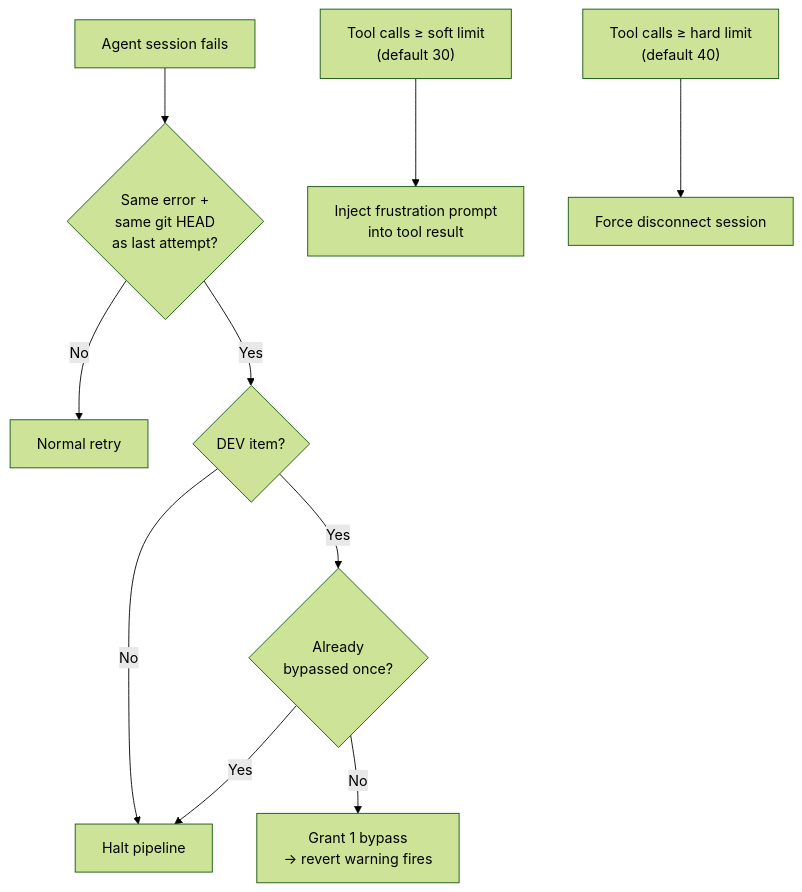
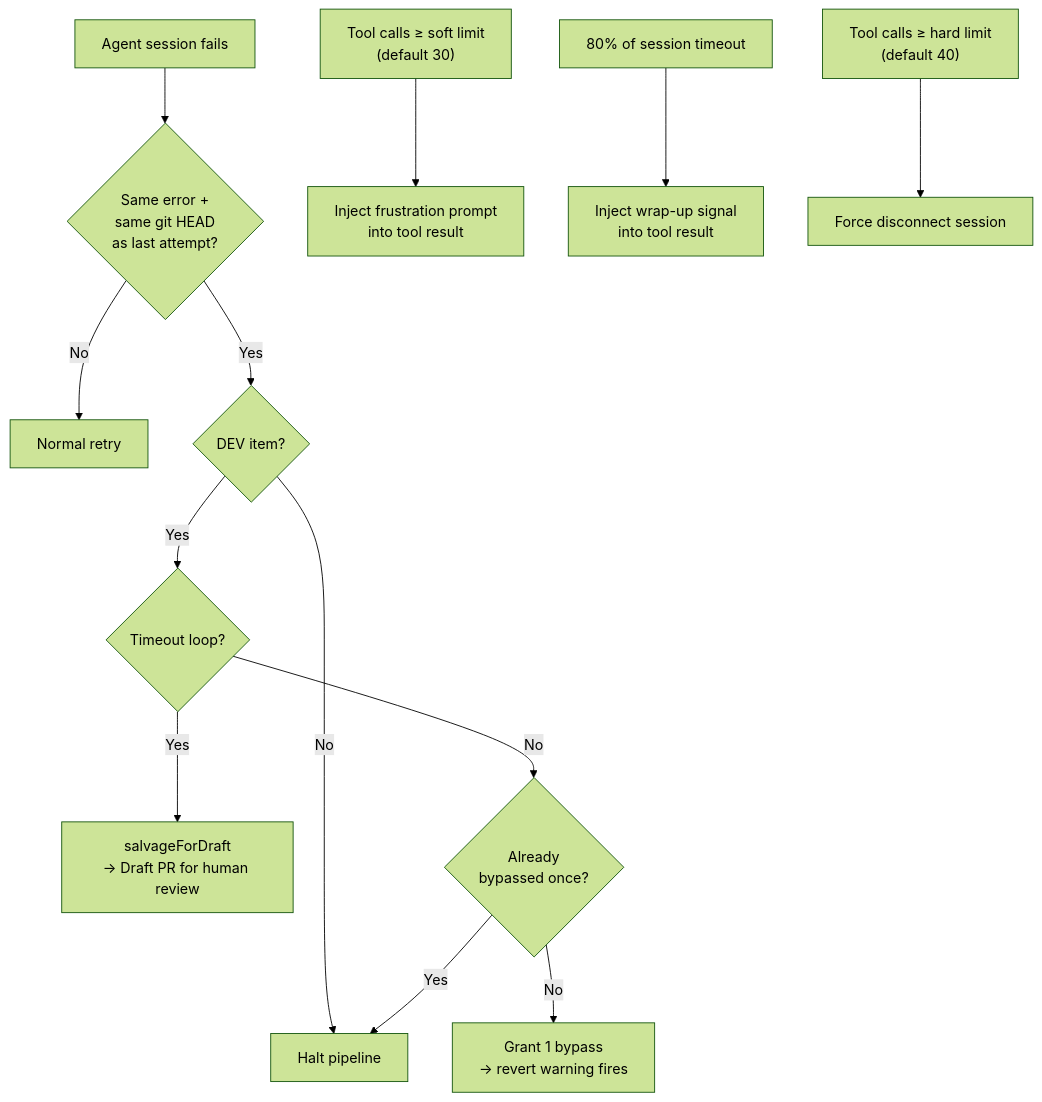
The fifth of 5 diagrams in HOW-IT-WORKS.md (RomanKaliupinMelonusa/DAGent-t), drawn with Mermaid (forest theme) before and after one commit. The commit also changed other lines of this file and 20 other files, not shown here.

````diff
--- a/HOW-IT-WORKS.md
+++ b/HOW-IT-WORKS.md
@@ -241,13 +246,16 @@
 ```mermaid
 graph TD
     FAIL["Agent session fails"] --> CHECK{"Same error +<br/>same git HEAD<br/>as last attempt?"}
     CHECK -->|No| RETRY["Normal retry"]
     CHECK -->|Yes| DEV{"DEV item?"}
     DEV -->|No| HALT["Halt pipeline"]
-    DEV -->|Yes| BYPASS{"Already<br/>bypassed once?"}
+    DEV -->|Yes| TIMEOUT{"Timeout loop?"}
+    TIMEOUT -->|Yes| SALVAGE["salvageForDraft<br/>→ Draft PR for human review"]
+    TIMEOUT -->|No| BYPASS{"Already<br/>bypassed once?"}
     BYPASS -->|No| GRANT["Grant 1 bypass<br/>→ revert warning fires"]
     BYPASS -->|Yes| HALT
 
     SOFT["Tool calls ≥ soft limit<br/>(default 30)"] --> INJECT["Inject frustration prompt<br/>into tool result"]
+    PRE["80% of session timeout"] --> WRAP["Inject wrap-up signal<br/>into tool result"]
     HARD["Tool calls ≥ hard limit<br/>(default 40)"] --> KILL["Force disconnect session"]
 ```
````
